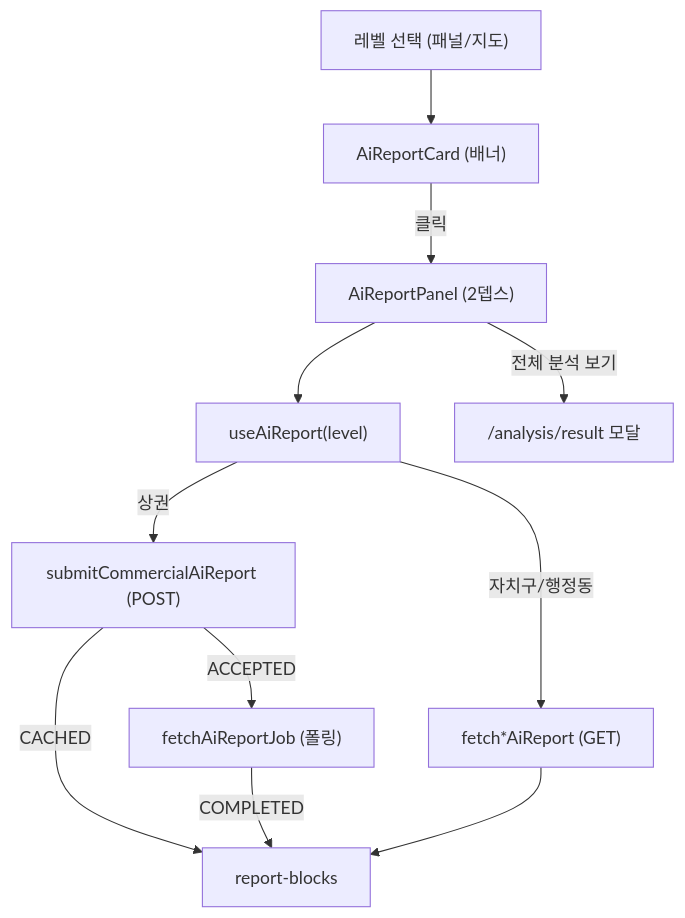
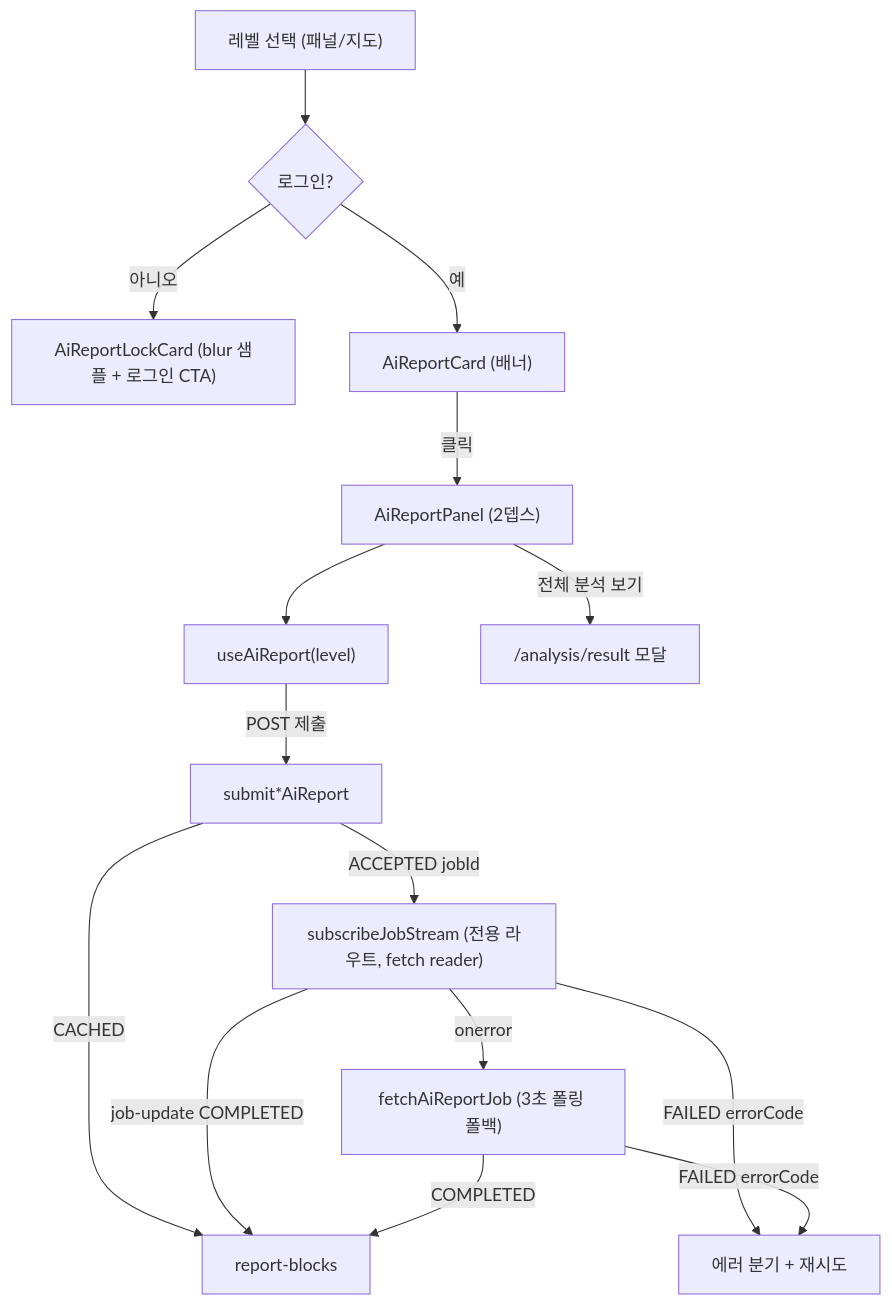
Before and after one commit to 8llow8llowMe/bosspickseoul: the diagram in frontend/docs/features/analysis/ai-report.md, drawn with Mermaid. The commit also changed other lines of this file, not shown here.

First line of the commit message:
[FE] docs: AI 리포트 비동기/SSE 개편 명세 갱신

````diff
--- a/frontend/docs/features/analysis/ai-report.md
+++ b/frontend/docs/features/analysis/ai-report.md
@@ -94,13 +142,17 @@
 ```mermaid
 flowchart TD
-  Sel["레벨 선택 (패널/지도)"] --> Card["AiReportCard (배너)"]
+  Sel["레벨 선택 (패널/지도)"] --> Auth{"로그인?"}
+  Auth -->|아니오| Lock["AiReportLockCard (blur 샘플 + 로그인 CTA)"]
+  Auth -->|예| Card["AiReportCard (배너)"]
   Card -->|클릭| Panel["AiReportPanel (2뎁스)"]
   Panel --> Hook["useAiReport(level)"]
-  Hook -->|자치구/행정동| Get["fetch*AiReport (GET)"]
-  Hook -->|상권| Submit["submitCommercialAiReport (POST)"]
-  Submit -->|ACCEPTED| Poll["fetchAiReportJob (폴링)"]
+  Hook -->|POST 제출| Submit["submit*AiReport"]
   Submit -->|CACHED| Ready
-  Poll -->|COMPLETED| Ready["report-blocks"]
-  Get --> Ready
+  Submit -->|ACCEPTED jobId| Sse["subscribeJobStream (전용 라우트, fetch reader)"]
+  Sse -->|onerror| Poll["fetchAiReportJob (3초 폴링 폴백)"]
+  Sse -->|job-update COMPLETED| Ready["report-blocks"]
+  Poll -->|COMPLETED| Ready
+  Sse -->|FAILED errorCode| Err["에러 분기 + 재시도"]
+  Poll -->|FAILED errorCode| Err
   Panel -->|전체 분석 보기| Modal["/analysis/result 모달"]
 ```
````
